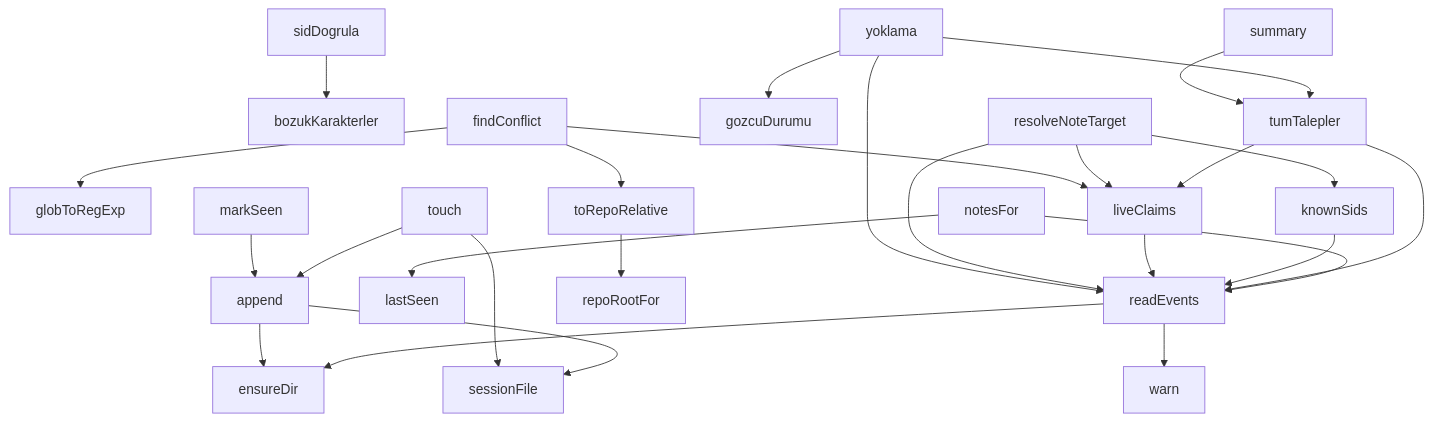
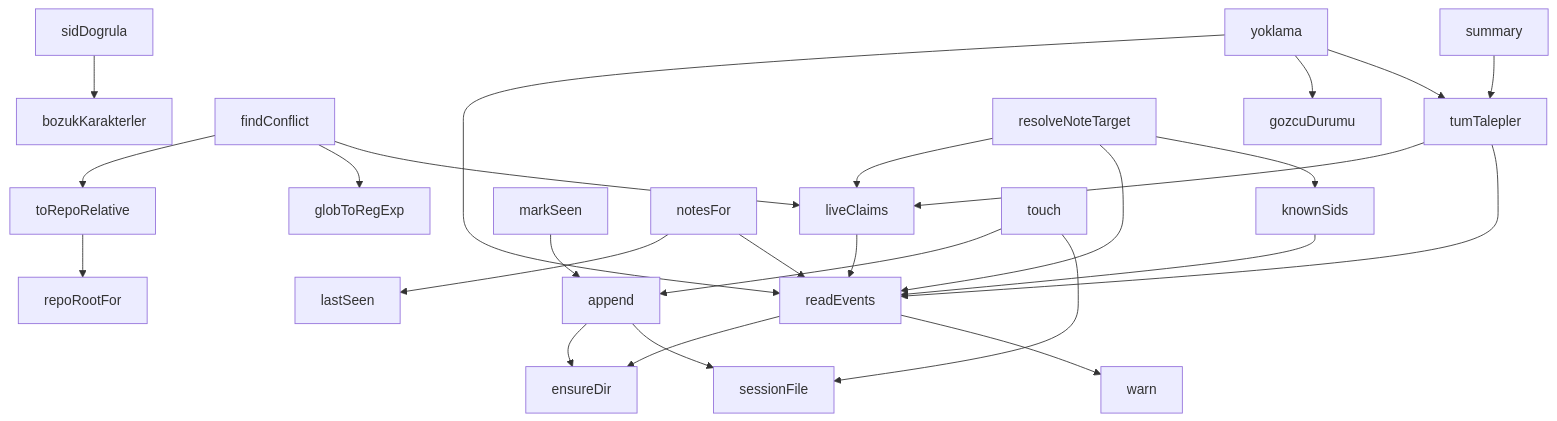
The diagram in scripts/board/board.md (peckop/venthub-hvac-esite), drawn with Mermaid before and after one commit. The commit also changed other lines of this file, not shown here.

Commit message:
docs(companion): board.md yeniden uretildi (s14 bayrak semantigi)

````diff
--- a/scripts/board/board.md
+++ b/scripts/board/board.md
@@ -379,50 +379,50 @@
 ```mermaid
 graph TD
     board_cjs__append["append"]
     board_cjs__bozukKarakterler["bozukKarakterler"]
     board_cjs__ensureDir["ensureDir"]
     board_cjs__findConflict["findConflict"]
     board_cjs__globToRegExp["globToRegExp"]
     board_cjs__gozcuDurumu["gozcuDurumu"]
     board_cjs__knownSids["knownSids"]
     board_cjs__lastSeen["lastSeen"]
     board_cjs__liveClaims["liveClaims"]
     board_cjs__markSeen["markSeen"]
     board_cjs__notesFor["notesFor"]
     board_cjs__readEvents["readEvents"]
     board_cjs__repoRootFor["repoRootFor"]
     board_cjs__resolveNoteTarget["resolveNoteTarget"]
     board_cjs__sessionFile["sessionFile"]
     board_cjs__sidDogrula["sidDogrula"]
     board_cjs__summary["summary"]
     board_cjs__toRepoRelative["toRepoRelative"]
     board_cjs__touch["touch"]
     board_cjs__tumTalepler["tumTalepler"]
     board_cjs__warn["warn"]
     board_cjs__yoklama["yoklama"]
+    board_cjs__findConflict --> board_cjs__toRepoRelative
+    board_cjs__sidDogrula --> board_cjs__bozukKarakterler
+    board_cjs__append --> board_cjs__ensureDir
+    board_cjs__notesFor --> board_cjs__lastSeen
     board_cjs__readEvents --> board_cjs__ensureDir
     board_cjs__tumTalepler --> board_cjs__liveClaims
-    board_cjs__append --> board_cjs__ensureDir
+    board_cjs__knownSids --> board_cjs__readEvents
+    board_cjs__touch --> board_cjs__append
+    board_cjs__findConflict --> board_cjs__globToRegExp
+    board_cjs__readEvents --> board_cjs__warn
+    board_cjs__findConflict --> board_cjs__liveClaims
+    board_cjs__tumTalepler --> board_cjs__readEvents
+    board_cjs__yoklama --> board_cjs__readEvents
+    board_cjs__summary --> board_cjs__tumTalepler
+    board_cjs__resolveNoteTarget --> board_cjs__liveClaims
     board_cjs__append --> board_cjs__sessionFile
+    board_cjs__yoklama --> board_cjs__gozcuDurumu
+    board_cjs__resolveNoteTarget --> board_cjs__readEvents
+    board_cjs__touch --> board_cjs__sessionFile
+    board_cjs__resolveNoteTarget --> board_cjs__knownSids
+    board_cjs__markSeen --> board_cjs__append
     board_cjs__notesFor --> board_cjs__readEvents
-    board_cjs__touch --> board_cjs__sessionFile
-    board_cjs__tumTalepler --> board_cjs__readEvents
-    board_cjs__findConflict --> board_cjs__toRepoRelative
-    board_cjs__readEvents --> board_cjs__warn
-    board_cjs__resolveNoteTarget --> board_cjs__liveClaims
-    board_cjs__yoklama --> board_cjs__gozcuDurumu
-    board_cjs__knownSids --> board_cjs__readEvents
     board_cjs__yoklama --> board_cjs__tumTalepler
+    board_cjs__toRepoRelative --> board_cjs__repoRootFor
     board_cjs__liveClaims --> board_cjs__readEvents
-    board_cjs__toRepoRelative --> board_cjs__repoRootFor
-    board_cjs__resolveNoteTarget --> board_cjs__readEvents
-    board_cjs__findConflict --> board_cjs__globToRegExp
-    board_cjs__notesFor --> board_cjs__lastSeen
-    board_cjs__sidDogrula --> board_cjs__bozukKarakterler
-    board_cjs__touch --> board_cjs__append
-    board_cjs__findConflict --> board_cjs__liveClaims
-    board_cjs__summary --> board_cjs__tumTalepler
-    board_cjs__yoklama --> board_cjs__readEvents
-    board_cjs__markSeen --> board_cjs__append
-    board_cjs__resolveNoteTarget --> board_cjs__knownSids
 ```
````
